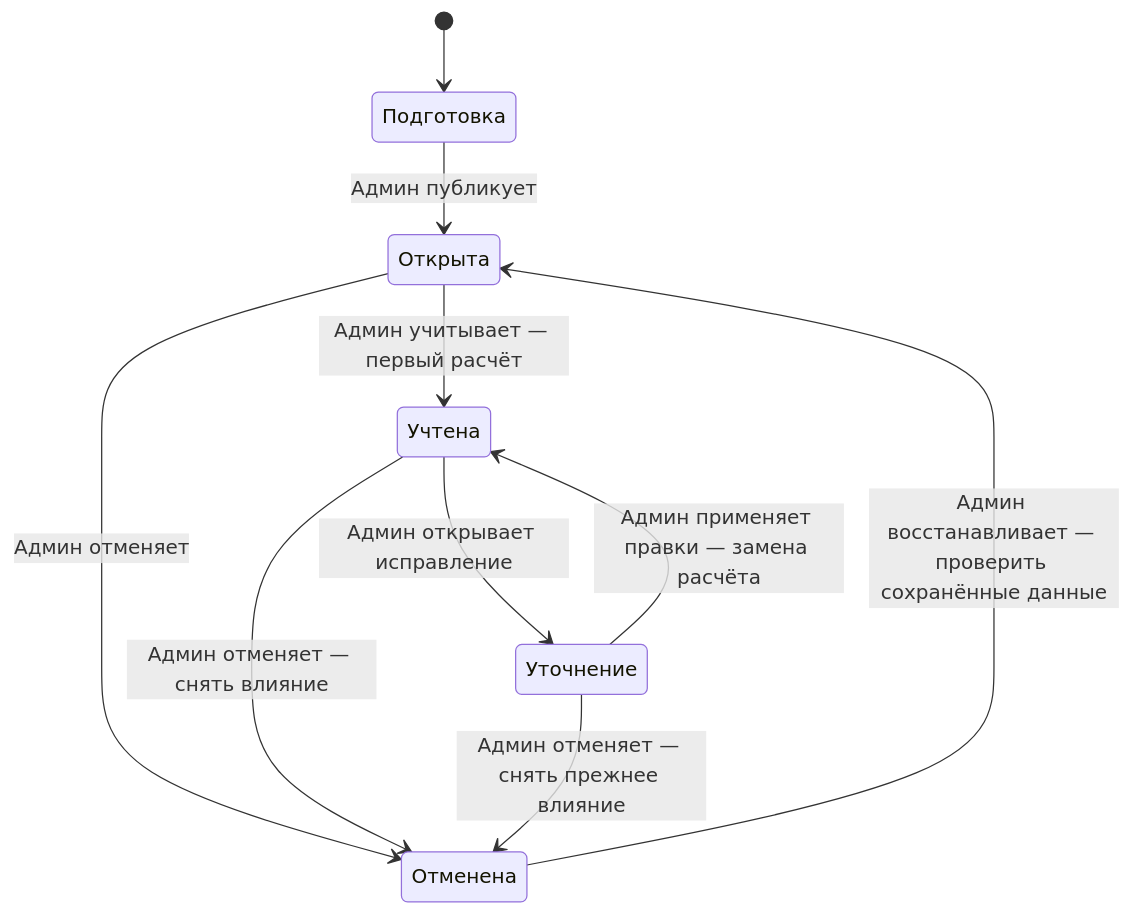
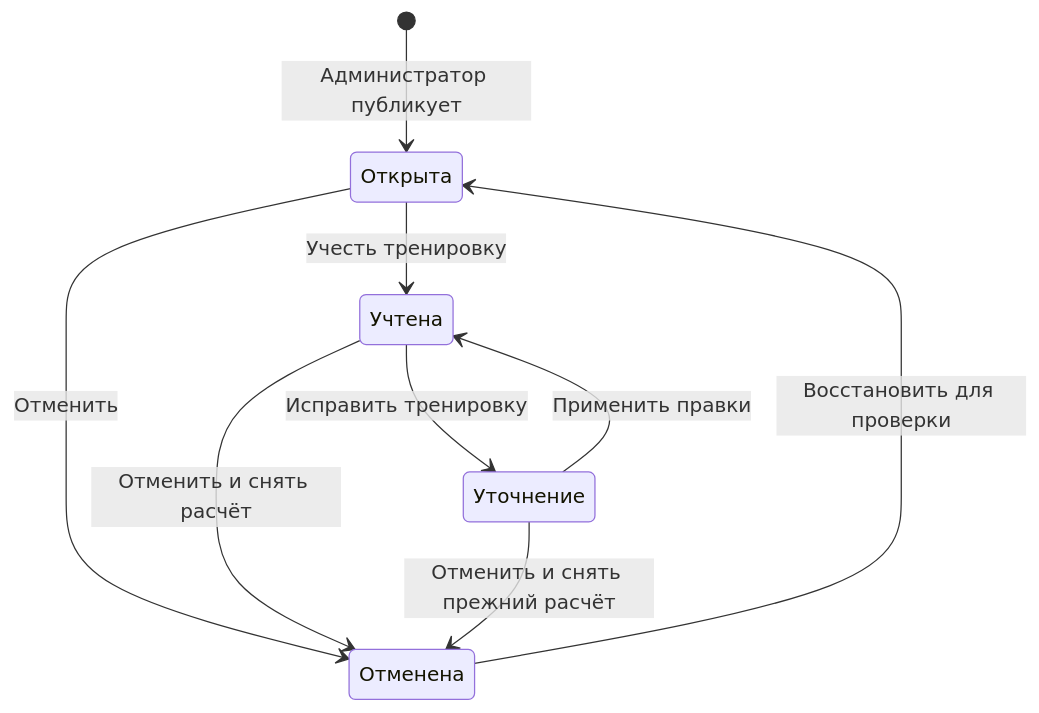
One commit to Romamor/tennis-split-bot changed the second of 3 diagrams in docs/UI_FLOW_REVIEW.md. Above: the diagram before and after it, drawn with Mermaid. The commit also changed other lines of this file and 32 other files, not shown here.

````diff
--- a/docs/UI_FLOW_REVIEW.md
+++ b/docs/UI_FLOW_REVIEW.md
@@ -43,17 +50,15 @@
 ```mermaid
 stateDiagram-v2
-    state "Подготовка" as Draft
     state "Открыта" as Open
     state "Учтена" as Closed
     state "Уточнение" as Review
     state "Отменена" as Cancelled
-    [*] --> Draft
-    Draft --> Open: Админ публикует
-    Open --> Closed: Админ учитывает — первый расчёт
-    Closed --> Review: Админ открывает исправление
-    Review --> Closed: Админ применяет правки — замена расчёта
-    Open --> Cancelled: Админ отменяет
-    Closed --> Cancelled: Админ отменяет — снять влияние
-    Review --> Cancelled: Админ отменяет — снять прежнее влияние
-    Cancelled --> Open: Админ восстанавливает — проверить сохранённые данные
+    [*] --> Open: Администратор публикует
+    Open --> Closed: Учесть тренировку
+    Closed --> Review: Исправить тренировку
+    Review --> Closed: Применить правки
+    Open --> Cancelled: Отменить
+    Closed --> Cancelled: Отменить и снять расчёт
+    Review --> Cancelled: Отменить и снять прежний расчёт
+    Cancelled --> Open: Восстановить для проверки
 ```
````
